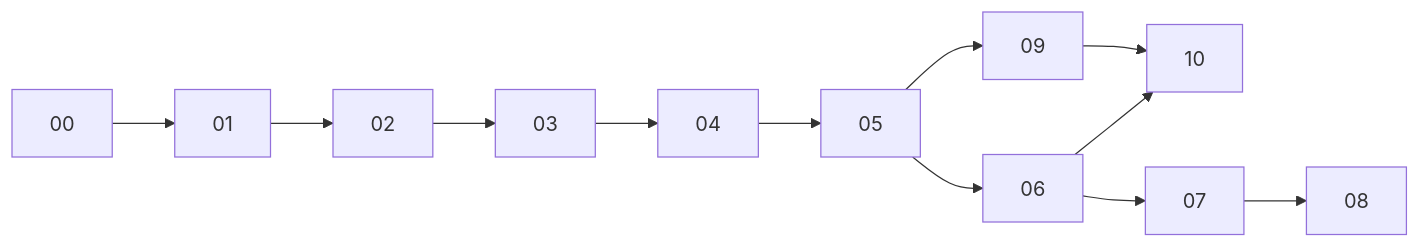
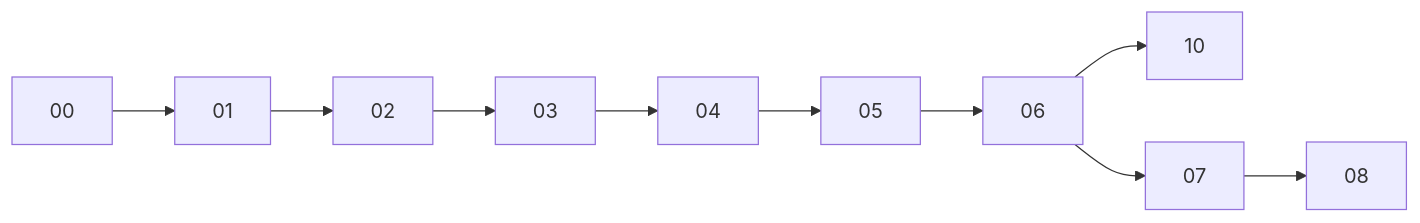
Before and after one commit to dam-agents/dam: the diagram in docs/plan/6287-slack-owner-approvals/README.md, drawn with Mermaid. The commit also changed other lines of this file and 28 other files, not shown here.

````diff
--- a/docs/plan/6287-slack-owner-approvals/README.md
+++ b/docs/plan/6287-slack-owner-approvals/README.md
@@ -265,7 +263,6 @@
 ```mermaid
 graph LR
   00 --> 01 --> 02 --> 03 --> 04 --> 05 --> 06
   06 --> 07 --> 08
-  05 --> 09 --> 10
   06 --> 10
 ```
````
